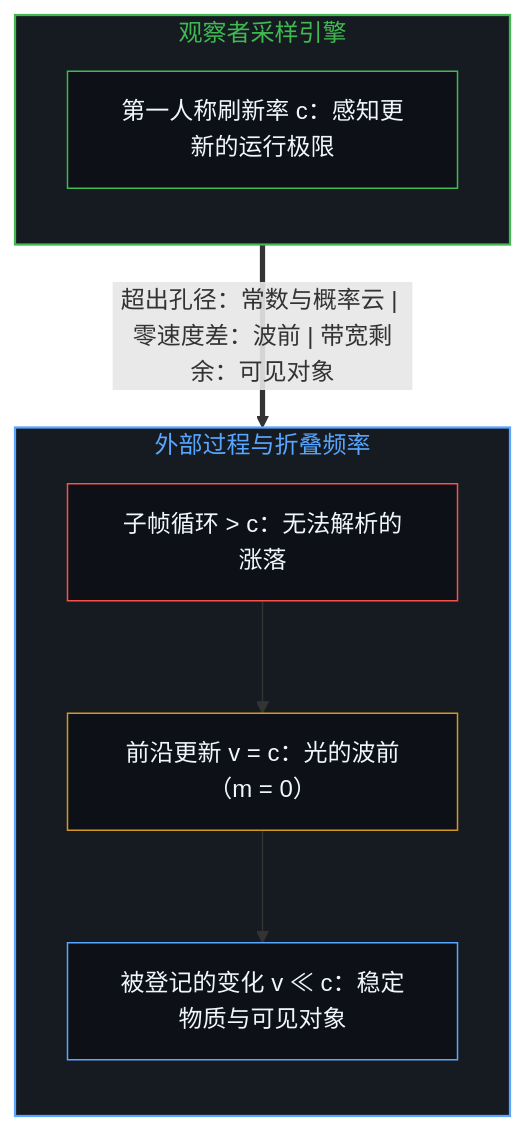
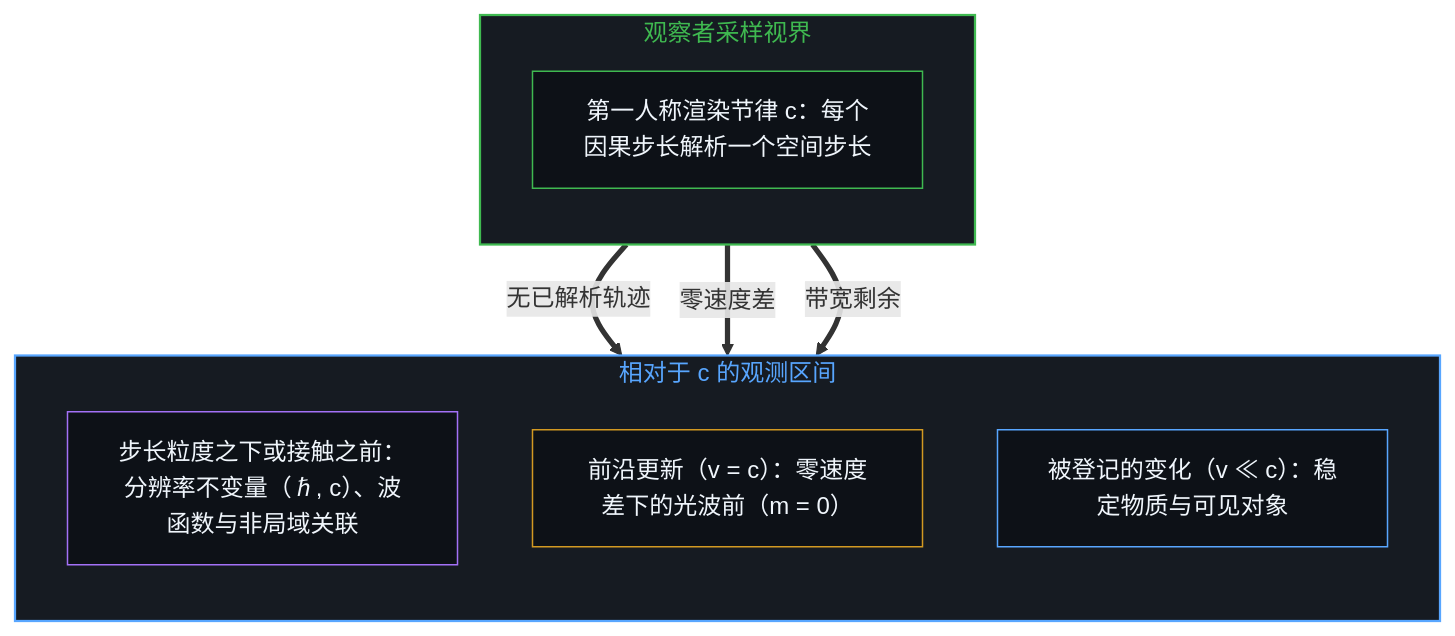
The third of 10 diagrams in content/posts/the-velocity-of-visibility.md (powerpig99/not-a-toe), drawn with Mermaid before and after one commit. The commit also changed other lines of this file and 6 other files, not shown here.

````diff
--- a/content/posts/the-velocity-of-visibility.md
+++ b/content/posts/the-velocity-of-visibility.md
@@ -69,21 +69,22 @@
 ```mermaid
 flowchart TD
-    subgraph S_Observer["观察者采样引擎"]
+    subgraph S_Observer["观察者采样视界"]
         direction TB
-        SamplingRate["第一人称刷新率 c：感知更新的运行极限"]
+        SamplingRate["第一人称渲染节律 c：每个因果步长解析一个空间步长"]
     end
-    subgraph S_External["外部过程与折叠频率"]
+    subgraph S_Regimes["相对于 c 的观测区间"]
         direction TB
-        FasterThanC["子帧循环 > c：无法解析的涨落"]
-        EqualC["前沿更新 v = c：光的波前（m = 0）"]
-        SlowerThanC["被登记的变化 v ≪ c：稳定物质与可见对象"]
-        FasterThanC --> EqualC --> SlowerThanC
+        SubStep["步长粒度之下或接触之前：分辨率不变量（ℏ, c）、波函数与非局域关联"]
+        EqualC["前沿更新（v = c）：零速度差下的光波前（m = 0）"]
+        SlowerThanC["被登记的变化（v ≪ c）：稳定物质与可见对象"]
     end
-    SamplingRate ==>|"超出孔径：常数与概率云 | 零速度差：波前 | 带宽剩余：可见对象"| FasterThanC
+    SamplingRate ==>|"无已解析轨迹"| SubStep
+    SamplingRate ==>|"零速度差"| EqualC
+    SamplingRate ==>|"带宽剩余"| SlowerThanC
     style S_Observer fill:#161b22,stroke:#3fb950,stroke-width:1.5px,color:#3fb950
-    style S_External fill:#161b22,stroke:#58a6ff,stroke-width:1.5px,color:#58a6ff
+    style S_Regimes fill:#161b22,stroke:#58a6ff,stroke-width:1.5px,color:#58a6ff
     style SamplingRate fill:#0d1117,stroke:#3fb950,stroke-width:1px,color:#f0f6fc
-    style FasterThanC fill:#0d1117,stroke:#f85149,stroke-width:1px,color:#f0f6fc
+    style SubStep fill:#0d1117,stroke:#a371f7,stroke-width:1px,color:#f0f6fc
     style EqualC fill:#0d1117,stroke:#d29922,stroke-width:1px,color:#f0f6fc
     style SlowerThanC fill:#0d1117,stroke:#58a6ff,stroke-width:1px,color:#f0f6fc
 ```
````
